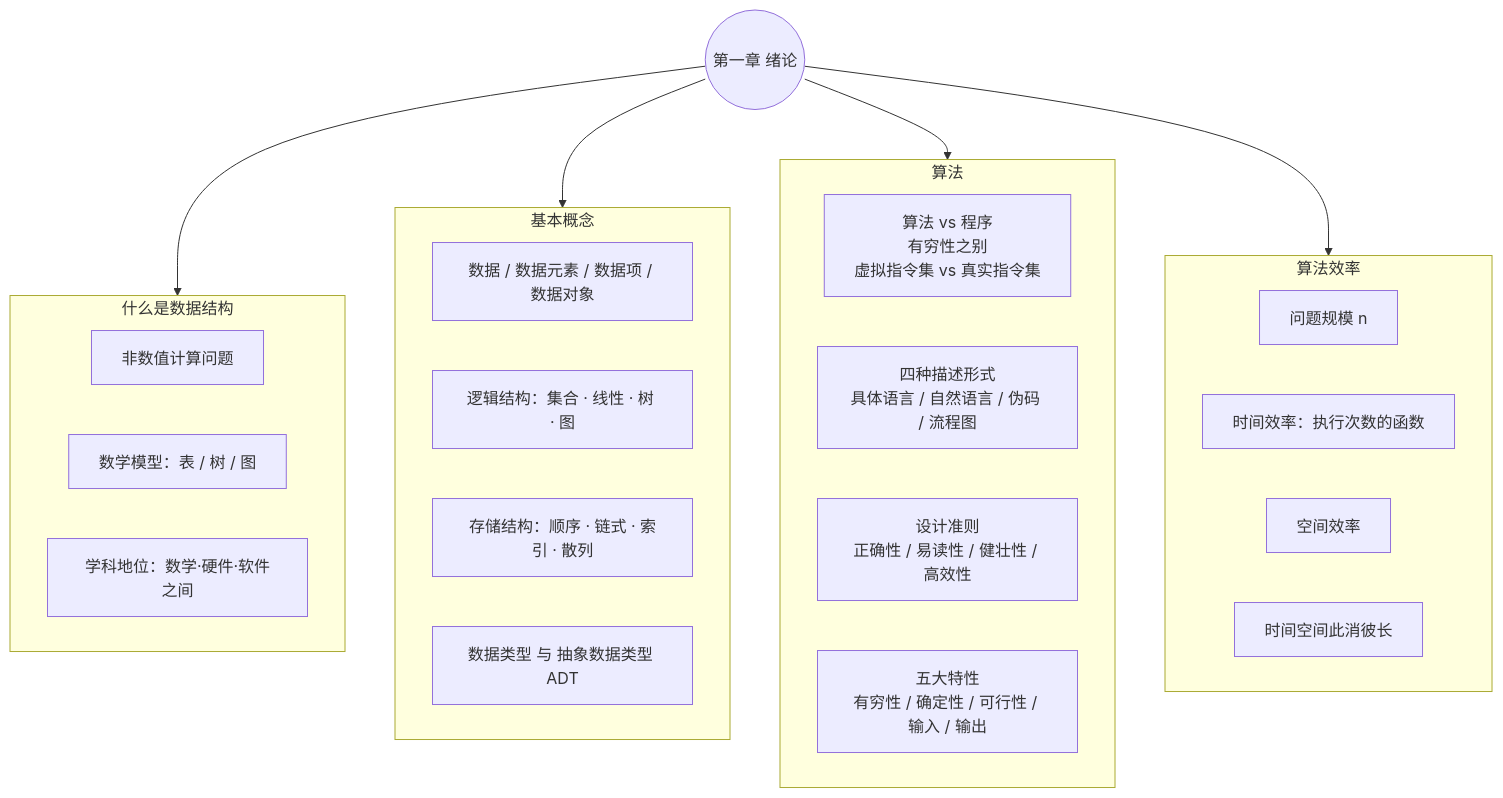
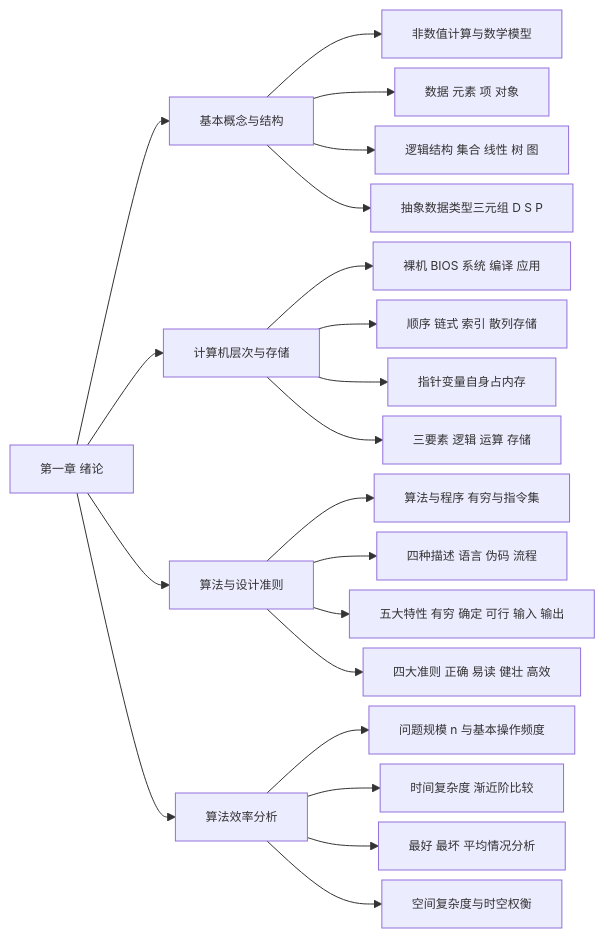
One commit to gududewangzhe/data-structures-notes changed the diagram in 数据结构 第一章 绪论 课堂讲义.md. Above: the diagram before and after it, drawn with Mermaid. The commit also changed other lines of this file and 58 other files, not shown here.

First line of the commit message:
按节次重整全部讲义并统一插图与体例

````diff
--- a/数据结构 第一章 绪论 课堂讲义.md
+++ b/数据结构 第一章 绪论 课堂讲义.md
@@ -11,36 +26,25 @@
 ```mermaid
-flowchart TD
-    ROOT(("第一章 绪论"))
-
-    subgraph A["什么是数据结构"]
-        A1["非数值计算问题"]
-        A2["数学模型：表 / 树 / 图"]
-        A3["学科地位：数学·硬件·软件之间"]
-    end
-
-    subgraph B["基本概念"]
-        B1["数据 / 数据元素 / 数据项 / 数据对象"]
-        B2["逻辑结构：集合 · 线性 · 树 · 图"]
-        B3["存储结构：顺序 · 链式 · 索引 · 散列"]
-        B4["数据类型 与 抽象数据类型 ADT"]
-    end
-
-    subgraph C["算法"]
-        C1["算法 vs 程序<br/>有穷性之别<br/>虚拟指令集 vs 真实指令集"]
-        C2["四种描述形式<br/>具体语言 / 自然语言 / 伪码 / 流程图"]
-        C3["设计准则<br/>正确性 / 易读性 / 健壮性 / 高效性"]
-        C4["五大特性<br/>有穷性 / 确定性 / 可行性 / 输入 / 输出"]
-    end
-
-    subgraph D["算法效率"]
-        D1["问题规模 n"]
-        D2["时间效率：执行次数的函数"]
-        D3["空间效率"]
-        D4["时间空间此消彼长"]
-    end
-
-    ROOT --> A
-    ROOT --> B
-    ROOT --> C
-    ROOT --> D
+%%{init: {"flowchart": {"nodeSpacing": 10, "rankSpacing": 30, "curve": "basis"}, "themeVariables": {"fontSize": "12px"}}}%%
+flowchart LR
+    ROOT["第一章 绪论"]
+    ROOT --> A["基本概念与结构"]
+    ROOT --> B["计算机层次与存储"]
+    ROOT --> C["算法与设计准则"]
+    ROOT --> D["算法效率分析"]
+    A --> A1["非数值计算与数学模型"]
+    A --> A2["数据 元素 项 对象"]
+    A --> A3["逻辑结构 集合 线性 树 图"]
+    A --> A4["抽象数据类型三元组 D S P"]
+    B --> B1["裸机 BIOS 系统 编译 应用"]
+    B --> B2["顺序 链式 索引 散列存储"]
+    B --> B3["指针变量自身占内存"]
+    B --> B4["三要素 逻辑 运算 存储"]
+    C --> C1["算法与程序 有穷与指令集"]
+    C --> C2["四种描述 语言 伪码 流程"]
+    C --> C3["五大特性 有穷 确定 可行 输入 输出"]
+    C --> C4["四大准则 正确 易读 健壮 高效"]
+    D --> D1["问题规模 n 与基本操作频度"]
+    D --> D2["时间复杂度 渐近阶比较"]
+    D --> D3["最好 最坏 平均情况分析"]
+    D --> D4["空间复杂度与时空权衡"]
 ```
````
